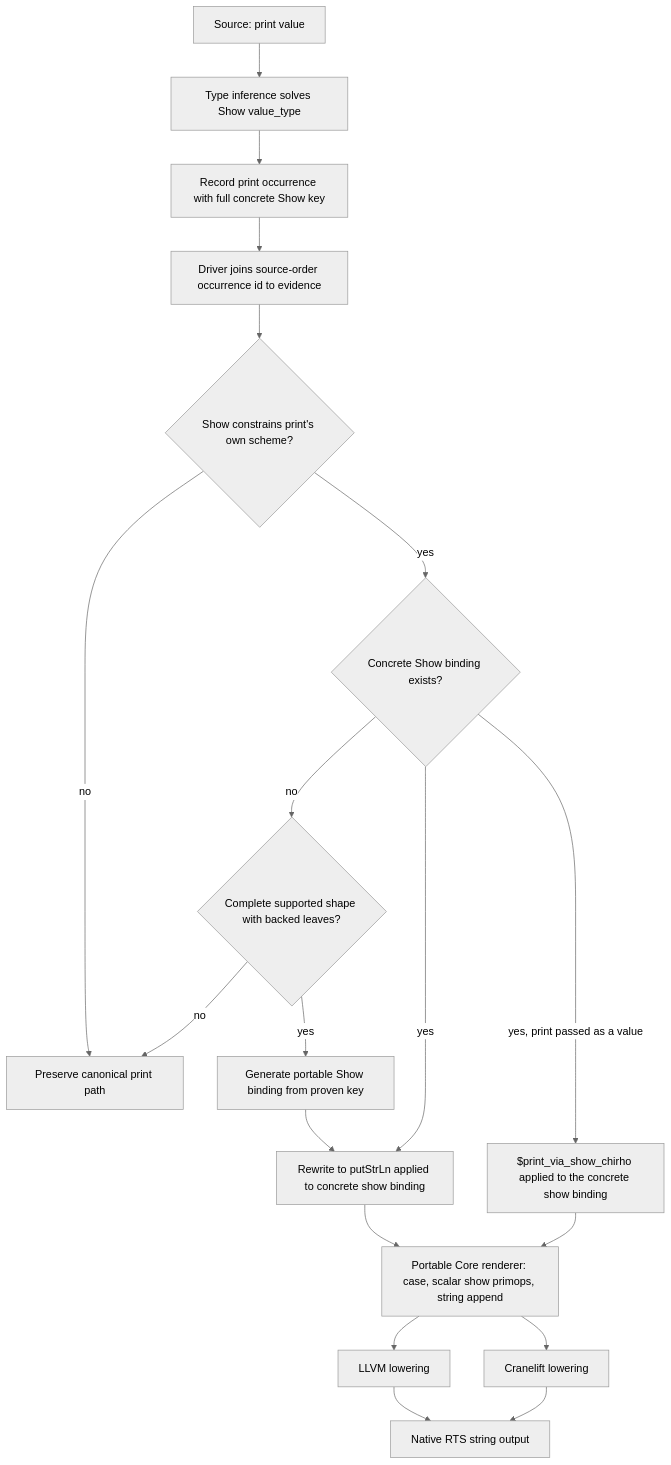
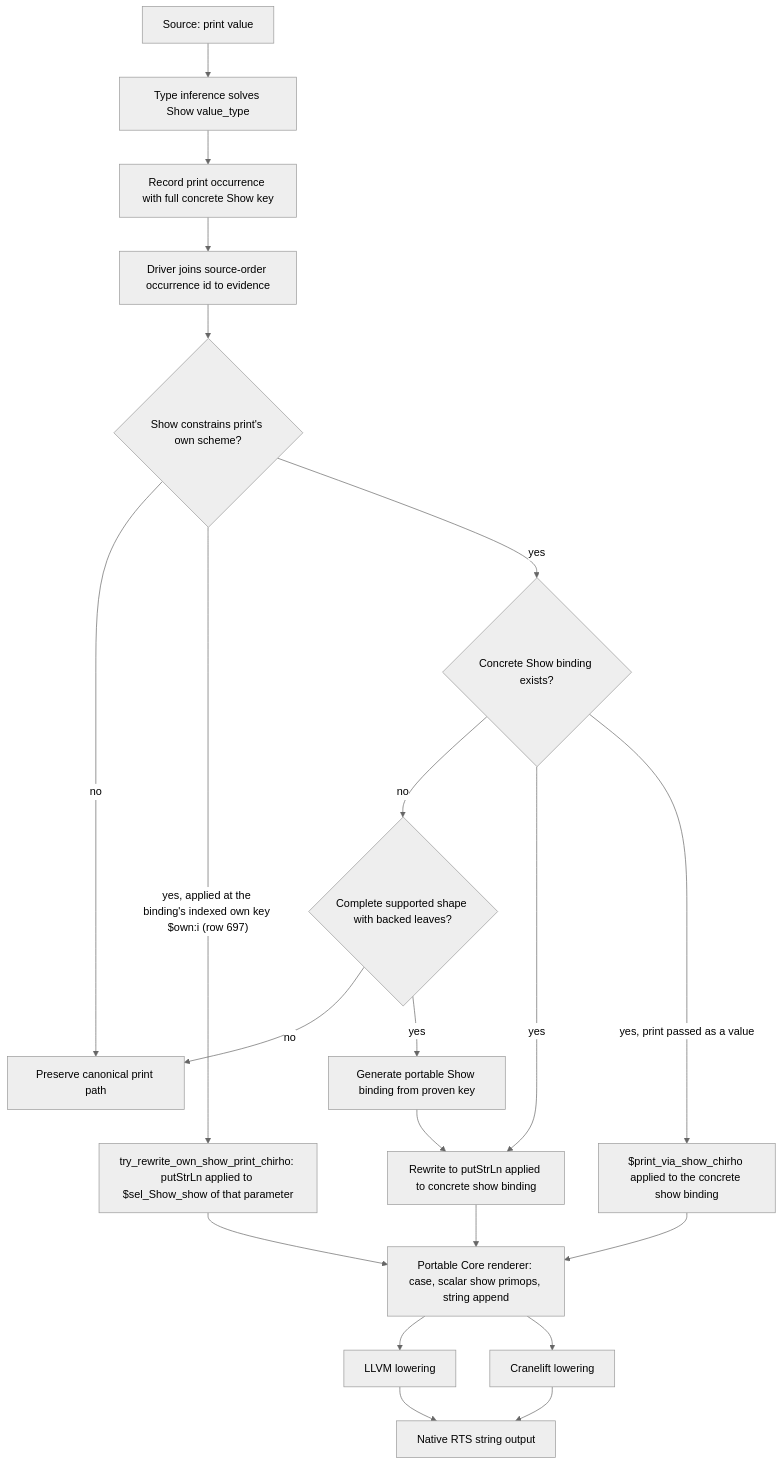
One commit to loveJesus/haskelujah-chirho changed the first of 3 diagrams in spec-chirho/workflows-chirho/print-show-evidence-chirho.md. Above: the diagram before and after it, drawn with Mermaid (neutral theme). The commit also changed other lines of this file and 9 other files, not shown here.

First line of the commit message:
fix(row697): key applied list/tuple constructors as their sugar; serve own-Show print

````diff
--- a/spec-chirho/workflows-chirho/print-show-evidence-chirho.md
+++ b/spec-chirho/workflows-chirho/print-show-evidence-chirho.md
@@ -10,21 +10,23 @@
 ```mermaid
 flowchart TD
     source_chirho[Source: print value] --> infer_chirho[Type inference solves Show value_type]
     infer_chirho --> occurrence_chirho[Record print occurrence with full concrete Show key]
     occurrence_chirho --> join_chirho[Driver joins source-order occurrence id to evidence]
     join_chirho --> validate_chirho{Show constrains print's own scheme?}
     validate_chirho -->|no| fallback_chirho[Preserve canonical print path]
+    validate_chirho -->|"yes, applied at the binding's indexed own key $own:i (row 697)"| own_show_chirho["try_rewrite_own_show_print_chirho: putStrLn applied to $sel_Show_show of that parameter"]
+    own_show_chirho --> core_show_chirho
     validate_chirho -->|yes| instance_chirho{Concrete Show binding exists?}
     instance_chirho -->|no| materialize_chirho{Complete supported shape with backed leaves?}
     materialize_chirho -->|no| fallback_chirho
     materialize_chirho -->|yes| generate_chirho[Generate portable Show binding from proven key]
     generate_chirho --> rewrite_chirho
     instance_chirho -->|yes| rewrite_chirho[Rewrite to putStrLn applied to concrete show binding]
     instance_chirho -->|yes, print passed as a value| first_class_chirho["$print_via_show_chirho applied to the concrete show binding"]
     first_class_chirho --> core_show_chirho
     rewrite_chirho --> core_show_chirho[Portable Core renderer: case, scalar show primops, string append]
     core_show_chirho --> llvm_chirho[LLVM lowering]
     core_show_chirho --> cranelift_chirho[Cranelift lowering]
     llvm_chirho --> rts_chirho[Native RTS string output]
     cranelift_chirho --> rts_chirho
 ```
````
